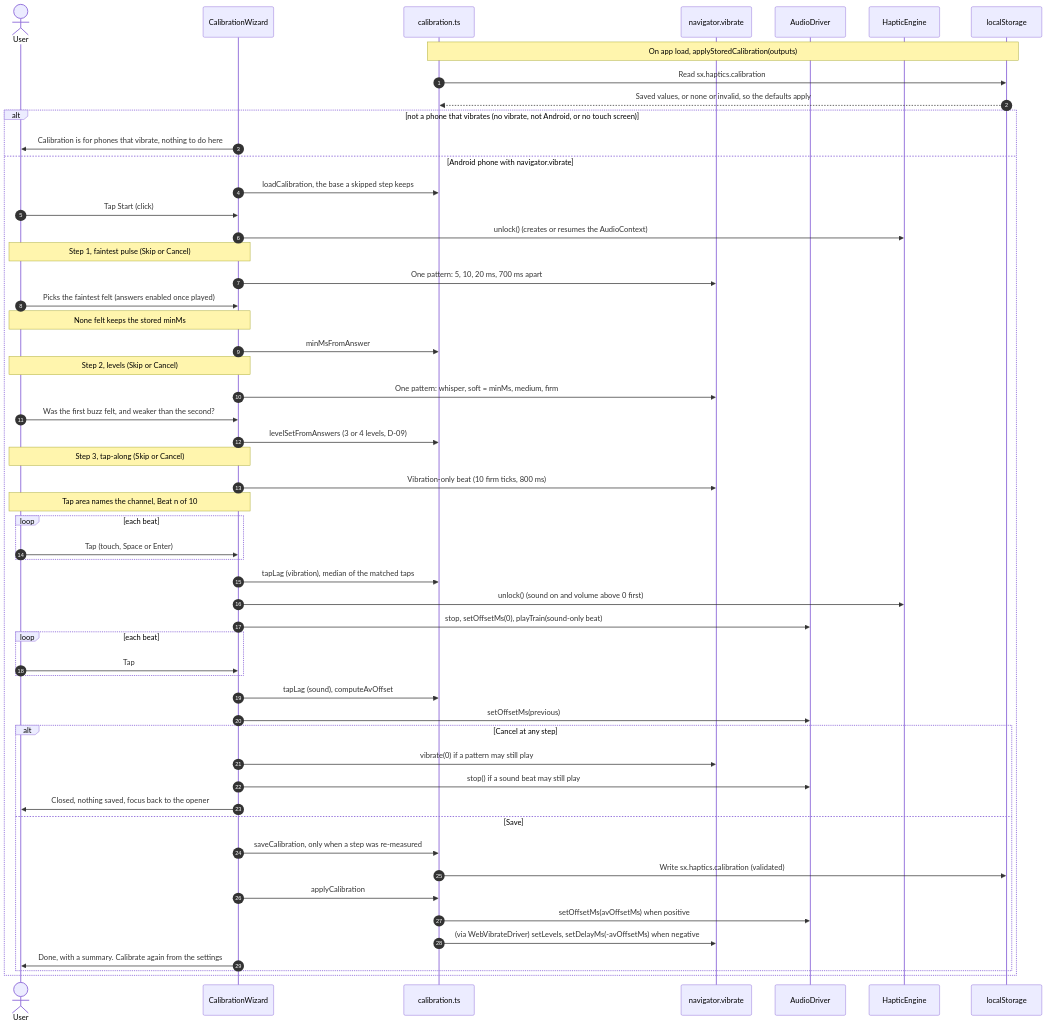
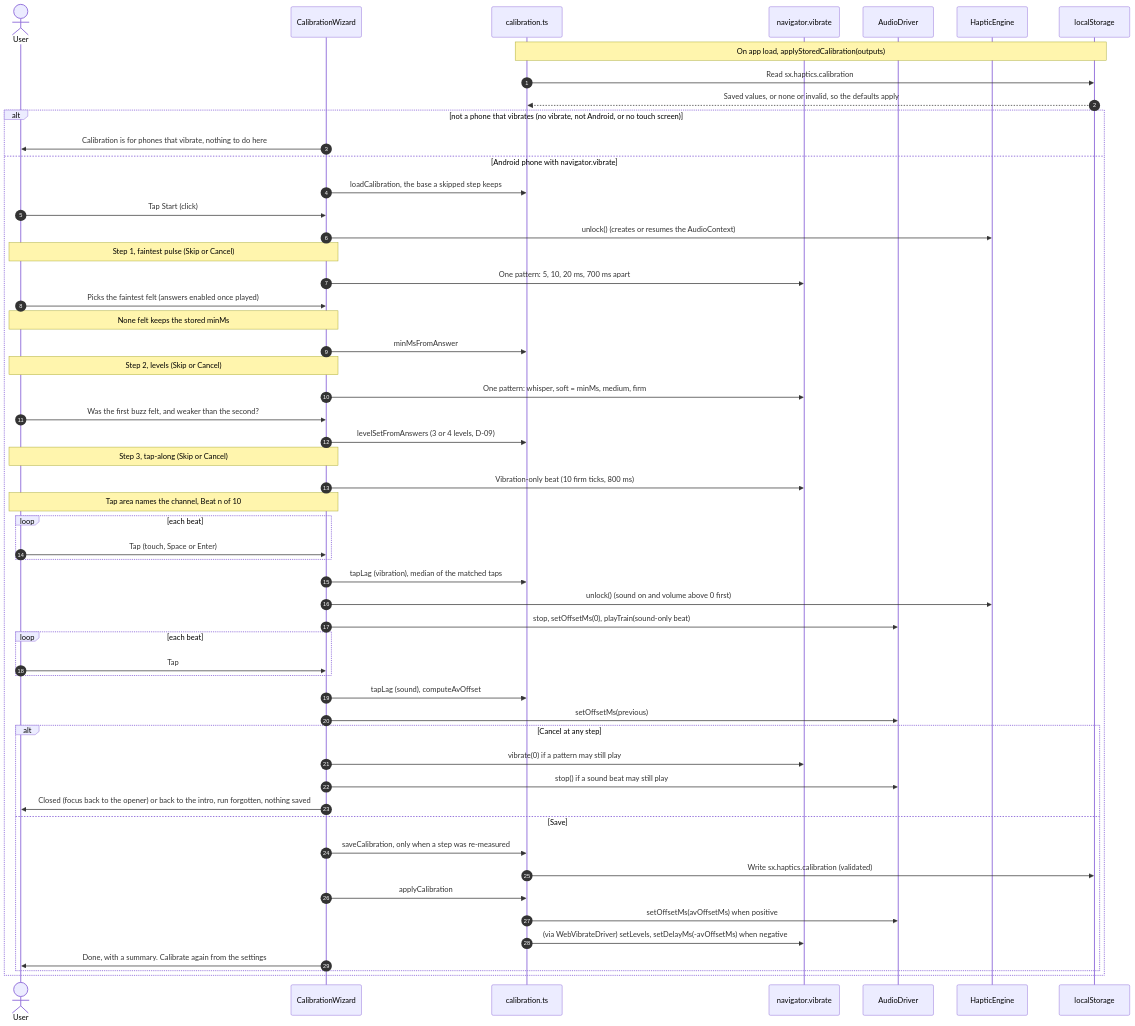
Before and after one commit to 0ffrian/SphereX: the diagram in docs/uml/13-sequence-calibration.md, drawn with Mermaid. The commit also changed 12 other files, not shown here.

````diff
--- a/docs/uml/13-sequence-calibration.md
+++ b/docs/uml/13-sequence-calibration.md
@@ -5,57 +5,57 @@
 ```mermaid
 sequenceDiagram
   autonumber
   actor U as User
   participant W as CalibrationWizard
   participant CL as calibration.ts
   participant NV as navigator.vibrate
   participant AD as AudioDriver
   participant E as HapticEngine
   participant LS as localStorage
 
   Note over CL,LS: On app load, applyStoredCalibration(outputs)
   CL->>LS: Read sx.haptics.calibration
   LS-->>CL: Saved values, or none or invalid, so the defaults apply
   alt not a phone that vibrates (no vibrate, not Android, or no touch screen)
     W->>U: Calibration is for phones that vibrate, nothing to do here
   else Android phone with navigator.vibrate
     W->>CL: loadCalibration, the base a skipped step keeps
     U->>W: Tap Start (click)
     W->>E: unlock() (creates or resumes the AudioContext)
     Note over W,U: Step 1, faintest pulse (Skip or Cancel)
     W->>NV: One pattern: 5, 10, 20 ms, 700 ms apart
     U->>W: Picks the faintest felt (answers enabled once played)
     Note over W,U: None felt keeps the stored minMs
     W->>CL: minMsFromAnswer
     Note over W,U: Step 2, levels (Skip or Cancel)
     W->>NV: One pattern: whisper, soft = minMs, medium, firm
     U->>W: Was the first buzz felt, and weaker than the second?
     W->>CL: levelSetFromAnswers (3 or 4 levels, D-09)
     Note over W,U: Step 3, tap-along (Skip or Cancel)
     W->>NV: Vibration-only beat (10 firm ticks, 800 ms)
     Note over W,U: Tap area names the channel, Beat n of 10
     loop each beat
       U->>W: Tap (touch, Space or Enter)
     end
     W->>CL: tapLag (vibration), median of the matched taps
     W->>E: unlock() (sound on and volume above 0 first)
     W->>AD: stop, setOffsetMs(0), playTrain(sound-only beat)
     loop each beat
       U->>W: Tap
     end
     W->>CL: tapLag (sound), computeAvOffset
     W->>AD: setOffsetMs(previous)
     alt Cancel at any step
       W->>NV: vibrate(0) if a pattern may still play
       W->>AD: stop() if a sound beat may still play
-      W->>U: Closed, nothing saved, focus back to the opener
+      W->>U: Closed (focus back to the opener) or back to the intro, run forgotten, nothing saved
     else Save
       W->>CL: saveCalibration, only when a step was re-measured
       CL->>LS: Write sx.haptics.calibration (validated)
       W->>CL: applyCalibration
       CL->>AD: setOffsetMs(avOffsetMs) when positive
       CL->>NV: (via WebVibrateDriver) setLevels, setDelayMs(-avOffsetMs) when negative
       W->>U: Done, with a summary. Calibrate again from the settings
     end
   end
 ```
````
